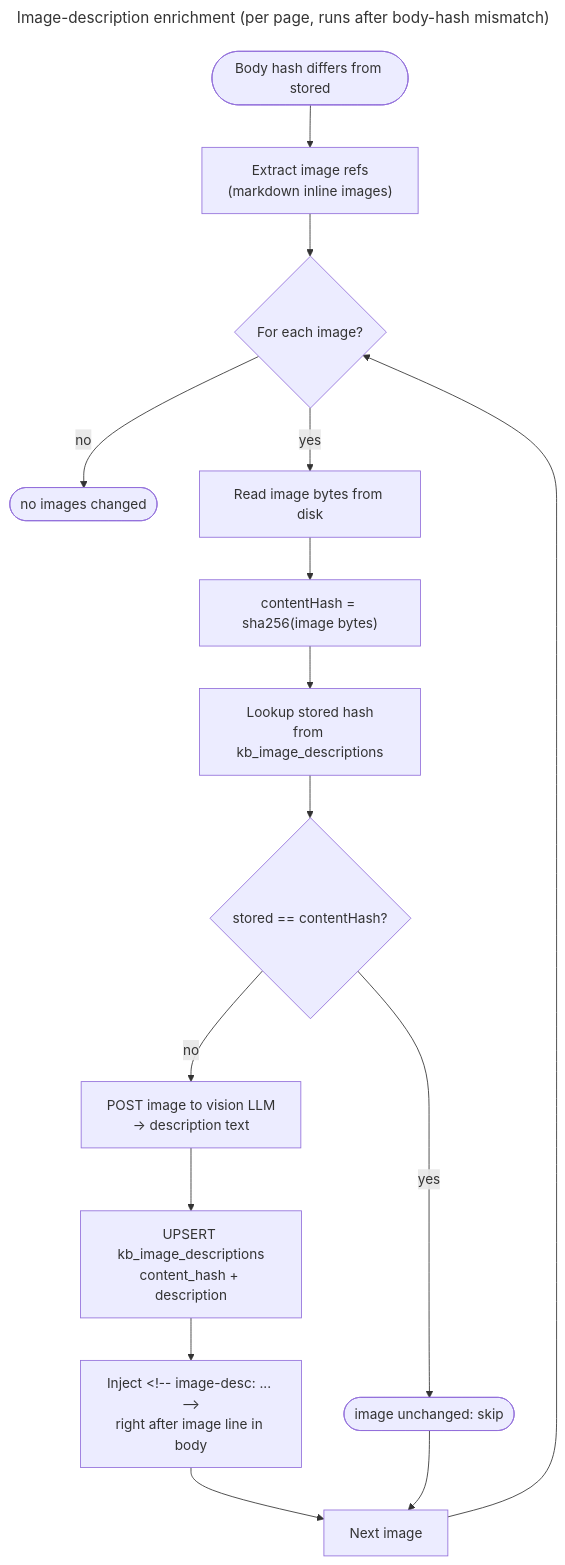
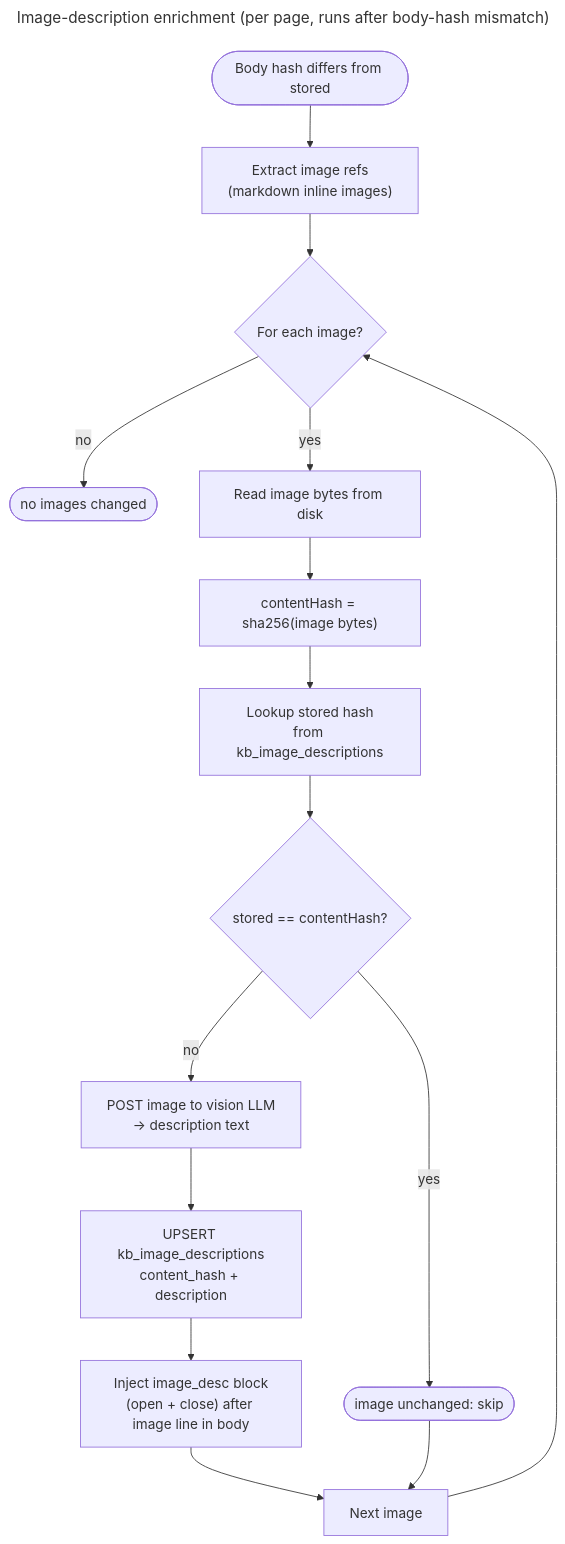
One commit to kyung-lee-official/neuxus changed the second of 2 diagrams in docs/modern-knowledge-base-design/02-ingest.md. Above: the diagram before and after it, drawn with Mermaid. The commit also changed other lines of this file and 17 other files, not shown here.

First line of the commit message:
feat (image-desc): implement image description enrichment pipeline

````diff
--- a/docs/modern-knowledge-base-design/02-ingest.md
+++ b/docs/modern-knowledge-base-design/02-ingest.md
@@ -51,20 +51,20 @@
 ```mermaid
 ---
 title: Image-description enrichment (per page, runs after body-hash mismatch)
 ---
 flowchart TD
   Trigger([Body hash differs from stored]) -->   Extract["Extract image refs<br/>(markdown inline images)"]
   Extract --> Loop{For each image?}
   Loop -- no --> Done([no images changed])
   Loop -- yes --> Read[Read image bytes from disk]
   Read --> Hash["contentHash = sha256(image bytes)"]
   Hash --> Lookup[Lookup stored hash<br/>from kb_image_descriptions]
   Lookup --> Match{stored == contentHash?}
   Match -- yes --> Skip([image unchanged: skip])
   Match -- no --> Vision[POST image to vision LLM<br/>→ description text]
   Vision --> Upsert[UPSERT kb_image_descriptions<br/>content_hash + description]
-  Upsert --> Inject["Inject &lt;!-- image-desc: ... --&gt;<br/>right after image line in body"]
+  Upsert --> Inject["Inject image_desc block<br/>(open + close) after image line in body"]
   Inject --> NextImg[Next image]
   Skip --> NextImg
   NextImg --> Loop
 ```
````
